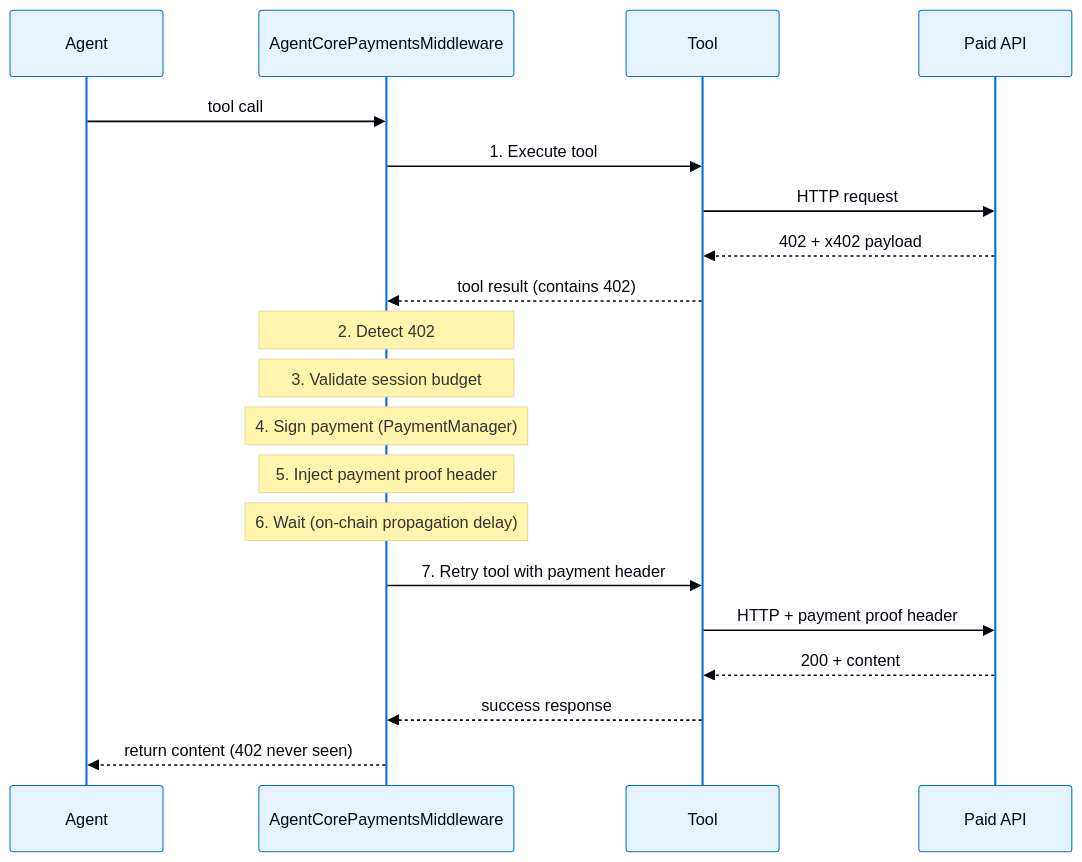
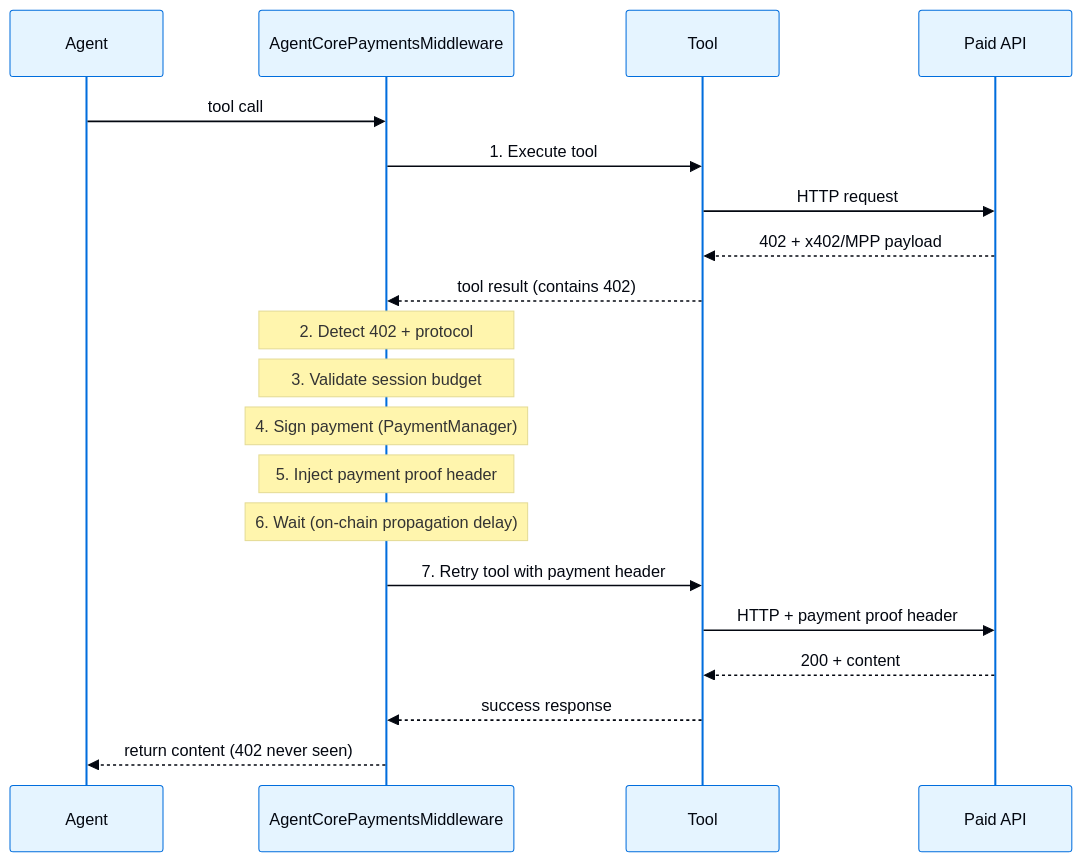
One commit to langchain-ai/docs changed the diagram in src/oss/python/integrations/middleware/aws.mdx. Above: the diagram before and after it, drawn with Mermaid. The commit also changed other lines of this file, not shown here.

First line of the commit message:
docs: document MPP support in AgentCore Payments middleware

````diff
--- a/src/oss/python/integrations/middleware/aws.mdx
+++ b/src/oss/python/integrations/middleware/aws.mdx
@@ -236,24 +236,24 @@
 ```mermaid
 %%{init: {"theme": "base", "themeVariables": {"lineColor": "#40668D", "primaryColor": "#E5F4FF", "primaryTextColor": "#030710", "primaryBorderColor": "#006DDD"}}}%%
 sequenceDiagram
     participant Agent
     participant Middleware as AgentCorePaymentsMiddleware
     participant Tool
     participant API as Paid API
 
     Agent->>Middleware: tool call
     Middleware->>Tool: 1. Execute tool
     Tool->>API: HTTP request
-    API-->>Tool: 402 + x402 payload
+    API-->>Tool: 402 + x402/MPP payload
     Tool-->>Middleware: tool result (contains 402)
-    Note over Middleware: 2. Detect 402
+    Note over Middleware: 2. Detect 402 + protocol
     Note over Middleware: 3. Validate session budget
     Note over Middleware: 4. Sign payment (PaymentManager)
     Note over Middleware: 5. Inject payment proof header
     Note over Middleware: 6. Wait (on-chain propagation delay)
     Middleware->>Tool: 7. Retry tool with payment header
     Tool->>API: HTTP + payment proof header
     API-->>Tool: 200 + content
     Tool-->>Middleware: success response
     Middleware-->>Agent: return content (402 never seen)
 ```
````
